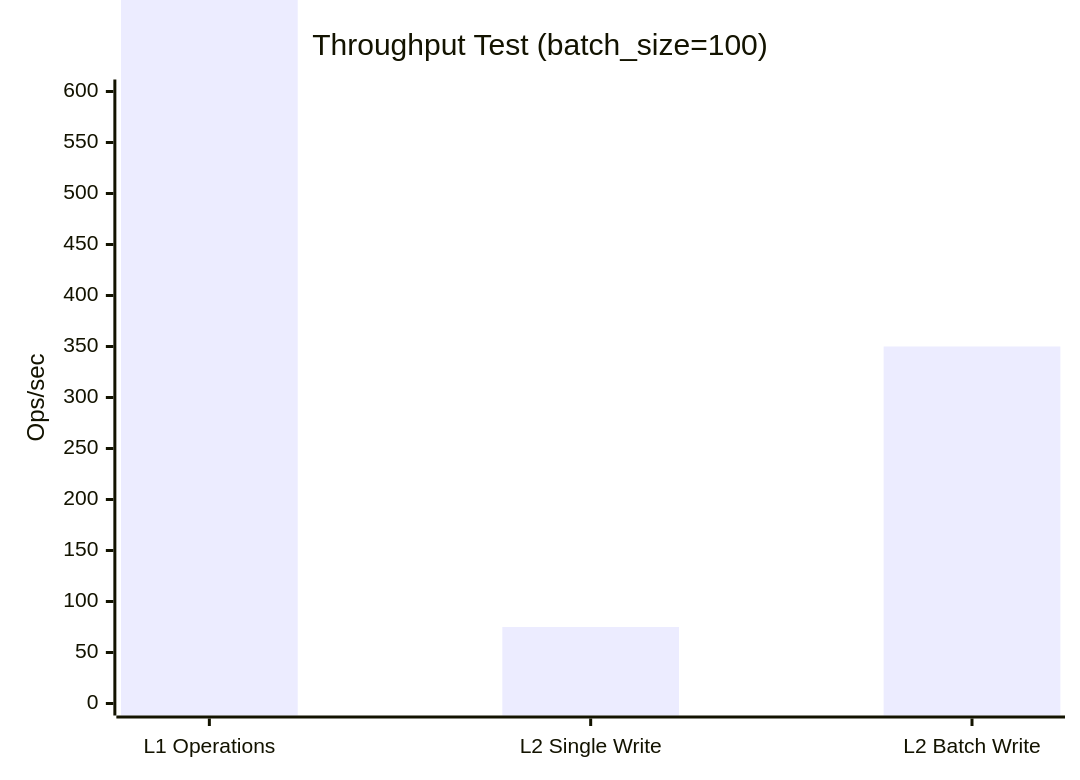
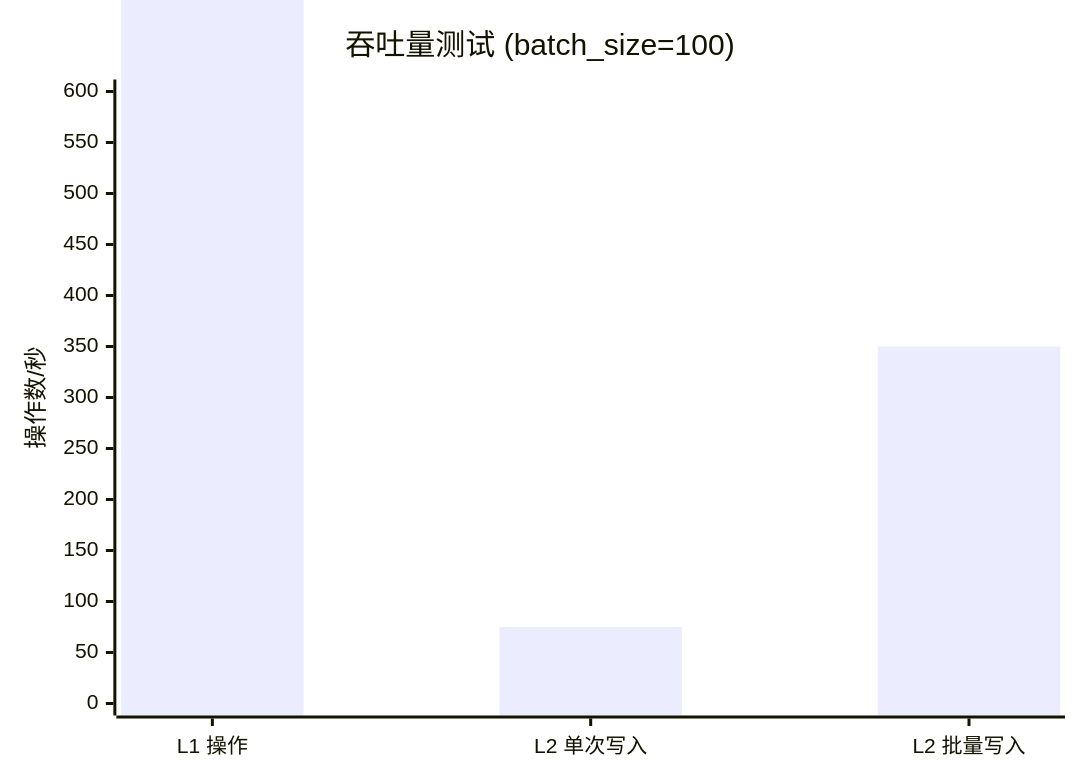
One commit to Kirky-X/oxcache changed the third of 3 diagrams in README.md. Above: the diagram before and after it, drawn with Mermaid. The commit also changed other lines of this file and 3 other files, not shown here.

````diff
--- a/README.md
+++ b/README.md
@@ -550,7 +548,7 @@
 ```mermaid
 xychart-beta
-    title "Throughput Test (batch_size=100)"
-    x-axis ["L1 Operations", "L2 Single Write", "L2 Batch Write"]
-    y-axis "Ops/sec" 0 --> 600
+    title "吞吐量测试 (batch_size=100)"
+    x-axis ["L1 操作", "L2 单次写入", "L2 批量写入"]
+    y-axis "操作数/秒" 0 --> 600
     bar [7500, 75, 350]
 ```
````
